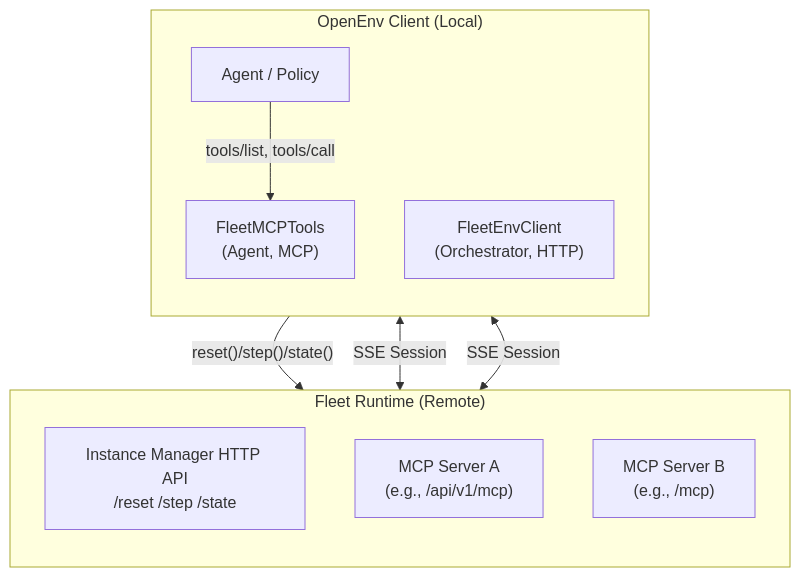
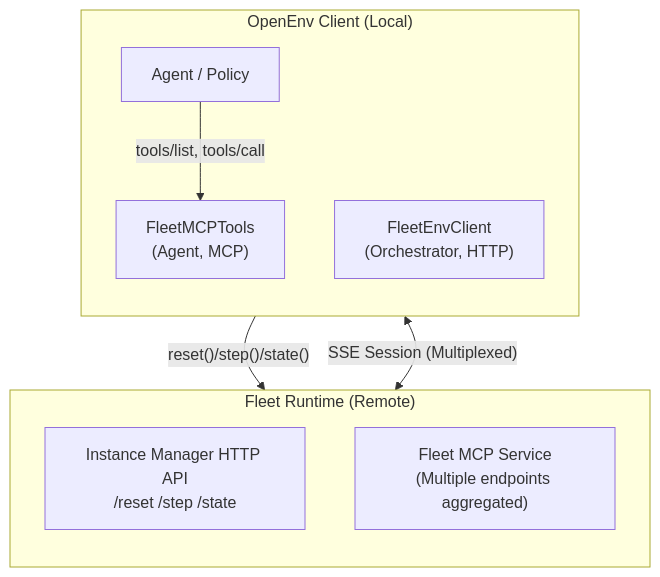
The diagram in src/envs/fleet_env/README.md (meta-pytorch/OpenEnv), drawn with Mermaid before and after one commit. The commit also changed other lines of this file, not shown here.

Commit message:
readme update

````diff
--- a/src/envs/fleet_env/README.md
+++ b/src/envs/fleet_env/README.md
@@ -12,24 +12,22 @@
 ```mermaid
 flowchart TB
   subgraph Client["OpenEnv Client (Local)"]
     direction TB
     Agent["Agent / Policy"]
     Orch["FleetEnvClient<br/>(Orchestrator, HTTP)"]
     Tools["FleetMCPTools<br/>(Agent, MCP)"]
   end
 
   subgraph Runtime["Fleet Runtime (Remote)"]
     direction TB
     HTTP["Instance Manager HTTP API<br/>/reset /step /state"]
-    MCP_A["MCP Server A<br/>(e.g., /api/v1/mcp)"]
-    MCP_B["MCP Server B<br/>(e.g., /mcp)"]
+    MCP_SVC["Fleet MCP Service<br/>(Multiple endpoints aggregated)"]
   end
 
   %% Orchestration (RFC 001)
   Orch --"reset()/step()/state()"--> HTTP
 
   %% Agent actions (RFC 003)
   Agent --"tools/list, tools/call"--> Tools
-  Tools <-->|"SSE Session"| MCP_A
-  Tools <-->|"SSE Session"| MCP_B
+  Tools <-->|"SSE Session (Multiplexed)"| MCP_SVC
 ```
````
